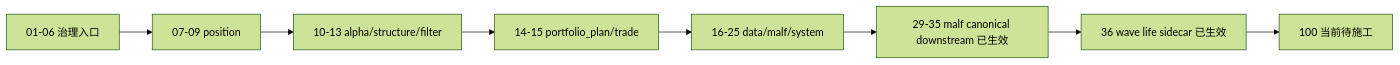
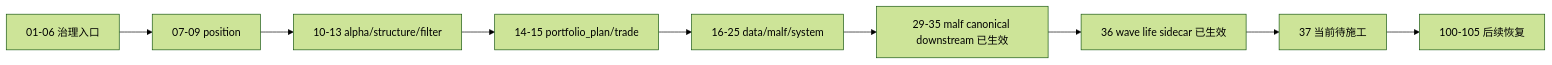
One commit to everything-is-simple/lifespan-0.01 changed the diagram in docs/03-execution/C-system-completion-ledger-20260409.md. Above: the diagram before and after it, drawn with Mermaid (forest theme). The commit also changed other lines of this file and 32 other files, not shown here.

````diff
--- a/docs/03-execution/C-system-completion-ledger-20260409.md
+++ b/docs/03-execution/C-system-completion-ledger-20260409.md
@@ -32,10 +32,11 @@
 ```mermaid
 flowchart LR
     G01["01-06 治理入口"] --> P07["07-09 position"]
     P07 --> A10["10-13 alpha/structure/filter"]
     A10 --> T14["14-15 portfolio_plan/trade"]
     T14 --> D16["16-25 data/malf/system"]
     D16 --> M29["29-35 malf canonical downstream 已生效"]
     M29 --> M36["36 wave life sidecar 已生效"]
-    M36 --> NEXT["100 当前待施工"]
+    M36 --> NEXT["37 当前待施工"]
+    NEXT --> POST["100-105 后续恢复"]
 ```
````
